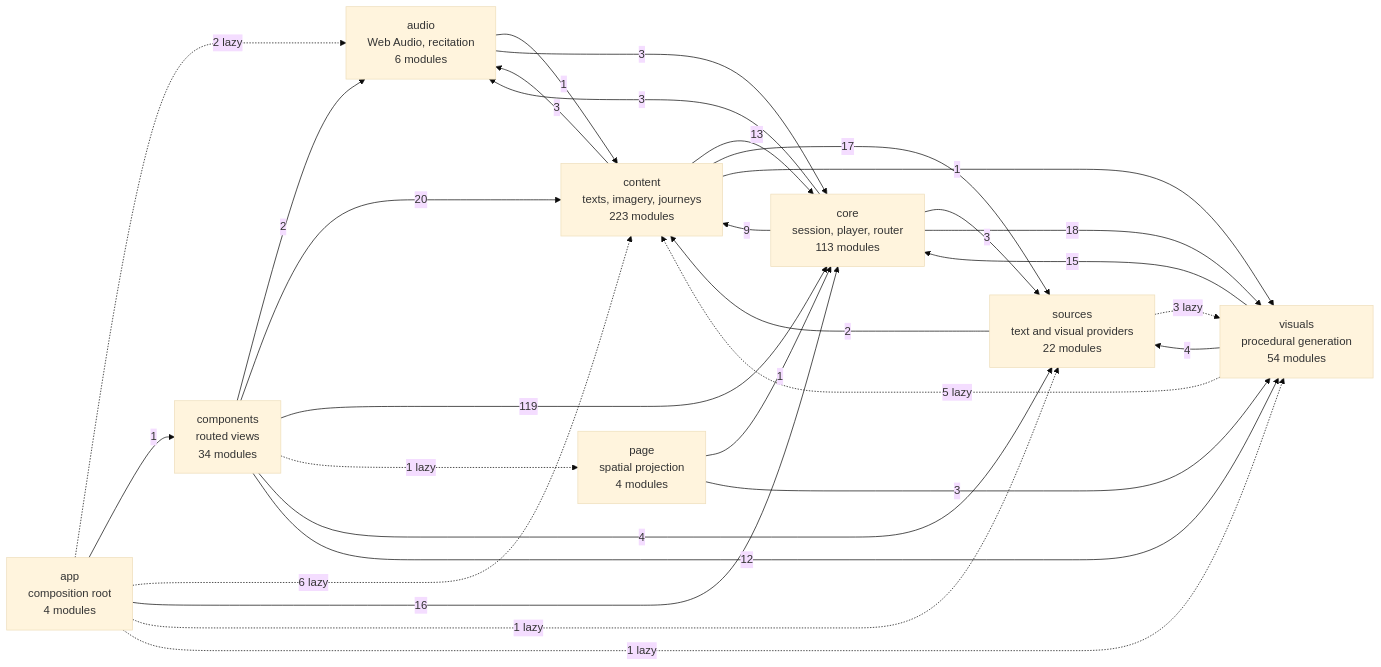
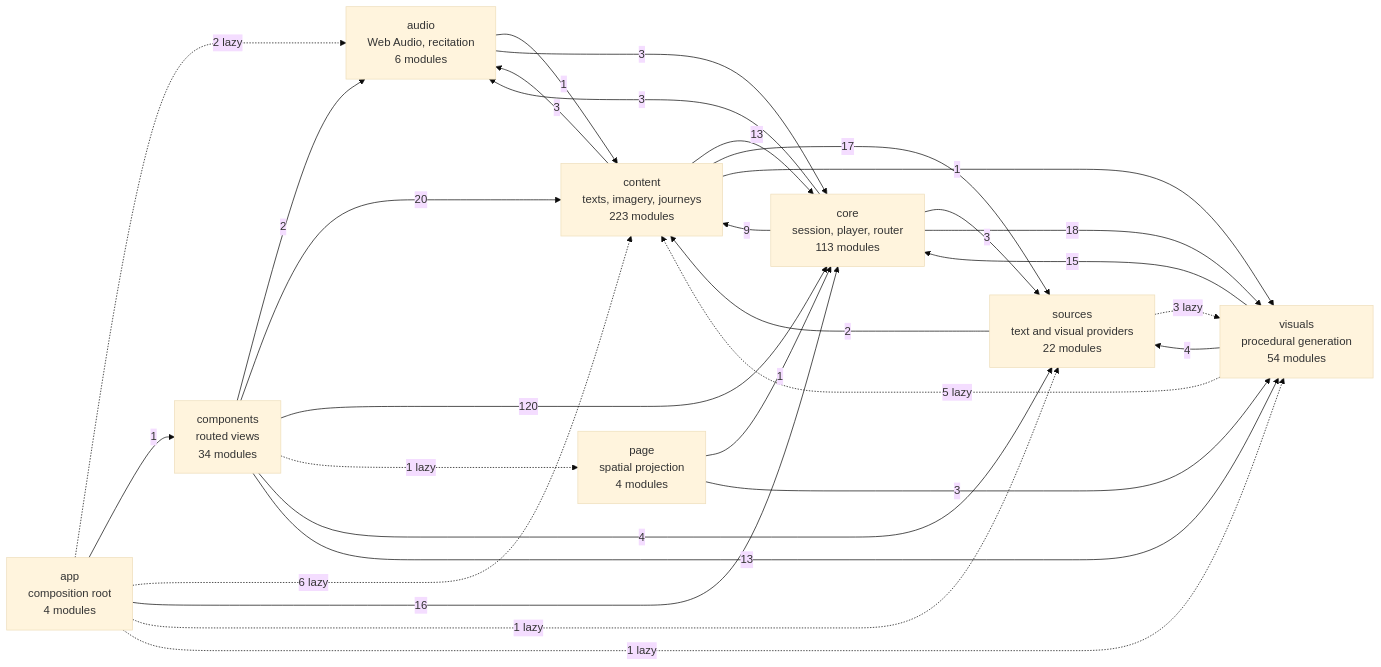
One commit to SyberLabs/RISE changed the diagram in docs/specs/ARCHITECTURE.md. Above: the diagram before and after it, drawn with Mermaid (base theme). The commit also changed 4 other files, not shown here.

````diff
--- a/docs/specs/ARCHITECTURE.md
+++ b/docs/specs/ARCHITECTURE.md
@@ -149,41 +149,41 @@
 ```mermaid
 flowchart LR
     app["app<br/>composition root<br/>4 modules"]
     audio["audio<br/>Web Audio, recitation<br/>6 modules"]
     components["components<br/>routed views<br/>34 modules"]
     content["content<br/>texts, imagery, journeys<br/>223 modules"]
     core["core<br/>session, player, router<br/>113 modules"]
     page["page<br/>spatial projection<br/>4 modules"]
     sources["sources<br/>text and visual providers<br/>22 modules"]
     visuals["visuals<br/>procedural generation<br/>54 modules"]
 
     app -.-> |2 lazy| audio
     app --> |1| components
     app -.-> |6 lazy| content
     app --> |16| core
     app -.-> |1 lazy| sources
     app -.-> |1 lazy| visuals
     audio --> |1| content
     audio --> |3| core
     components --> |2| audio
     components --> |20| content
-    components --> |119| core
+    components --> |120| core
     components -.-> |1 lazy| page
     components --> |4| sources
-    components --> |12| visuals
+    components --> |13| visuals
     content --> |3| audio
     content --> |13| core
     content --> |17| sources
     content --> |1| visuals
     core --> |3| audio
     core --> |9| content
     core --> |3| sources
     core --> |18| visuals
     page --> |1| core
     page --> |3| visuals
     sources --> |2| content
     sources -.-> |3 lazy| visuals
     visuals -.-> |5 lazy| content
     visuals --> |15| core
     visuals --> |4| sources
 ```
````
